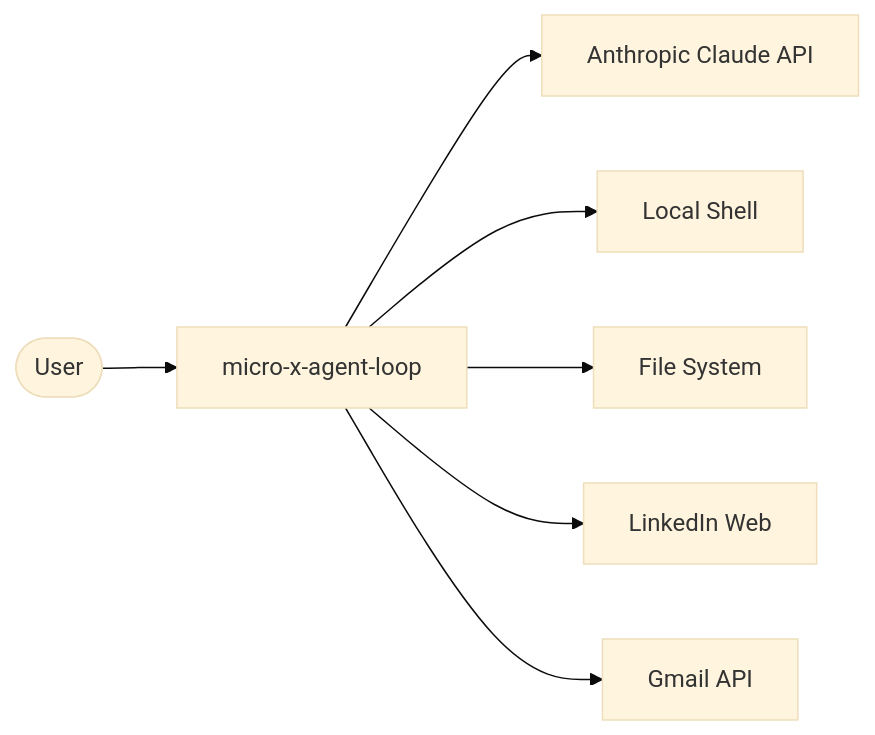
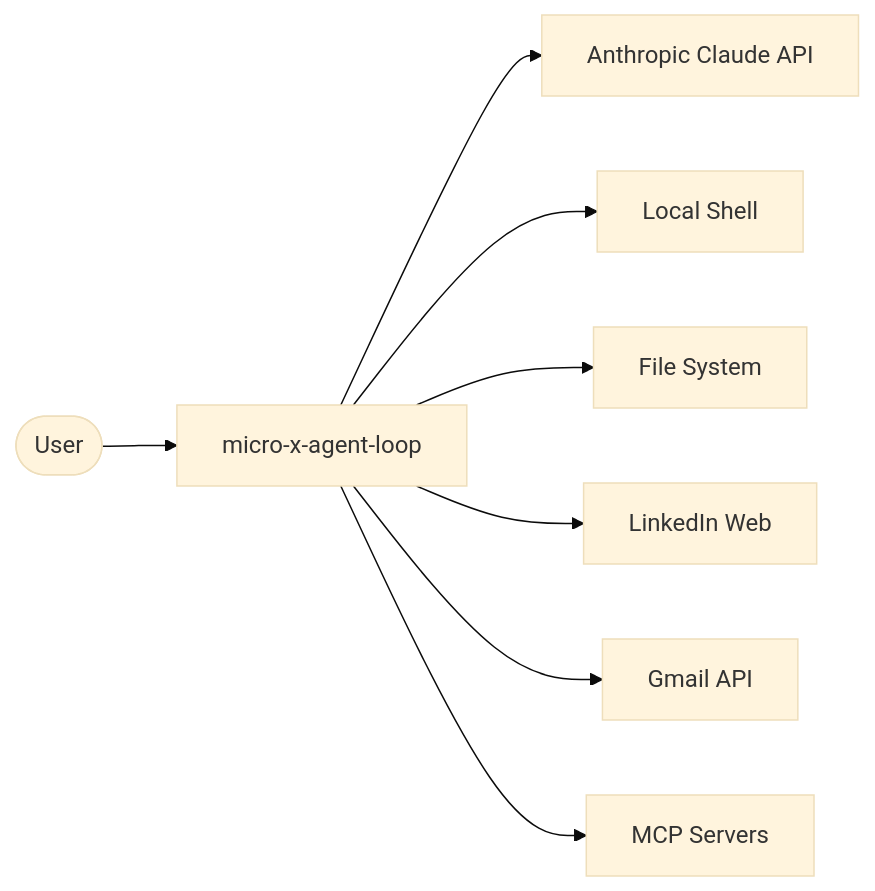
The first of 3 diagrams in documentation/docs/architecture/SAD.md (StephenDenisEdwards/micro-x-agent-loop-python), drawn with Mermaid (base theme) before and after one commit. The commit also changed other lines of this file and 79 other files, not shown here.

````diff
--- a/documentation/docs/architecture/SAD.md
+++ b/documentation/docs/architecture/SAD.md
@@ -38,9 +38,10 @@
 ```mermaid
 graph LR
     User([User]) --> Agent[micro-x-agent-loop]
     Agent --> Claude[Anthropic Claude API]
     Agent --> Shell[Local Shell]
     Agent --> FS[File System]
     Agent --> LinkedIn[LinkedIn Web]
     Agent --> Gmail[Gmail API]
+    Agent --> MCP[MCP Servers]
 ```
````
